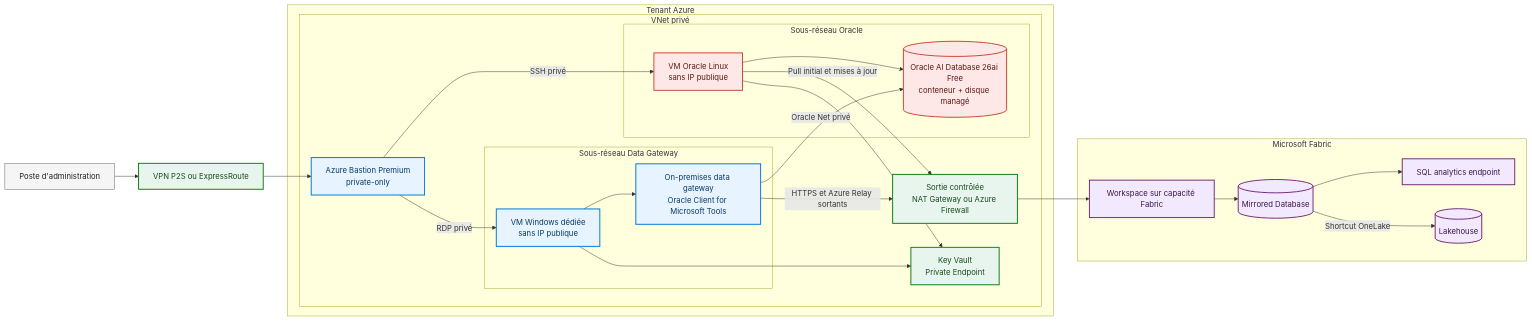
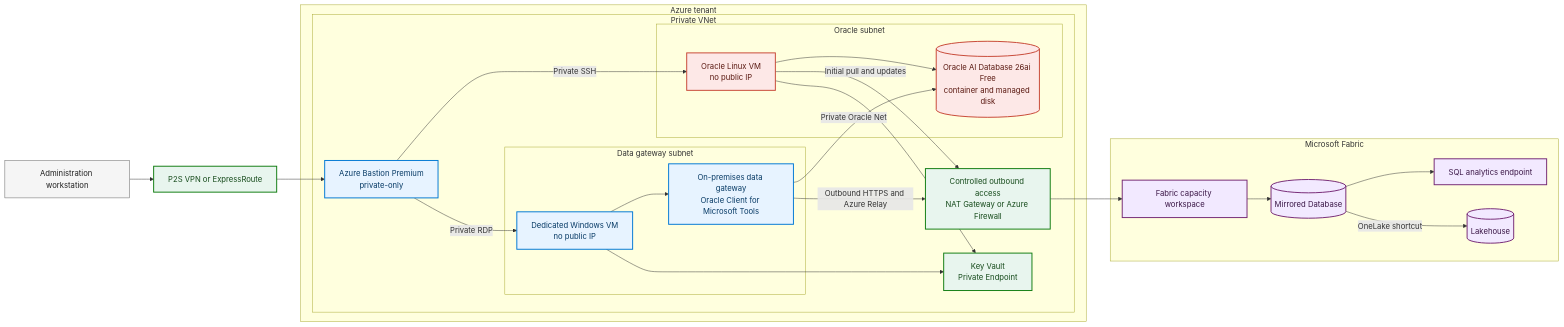
Before and after one commit to fredgis/oracletofabric: the first of 3 diagrams in README.md, drawn with Mermaid. The commit also changed other lines of this file and 29 other files, not shown here.

First line of the commit message:
docs: add rendered architecture diagrams

````diff
--- a/README.md
+++ b/README.md
@@ -26,58 +45,58 @@
 ```mermaid
 flowchart LR
-    Admin[Poste d'administration]
-    PrivateAccess[VPN P2S ou ExpressRoute]
+    Admin[Administration workstation]
+    PrivateAccess[P2S VPN or ExpressRoute]
 
-    subgraph Azure["Tenant Azure"]
-        subgraph VNet["VNet privé"]
+    subgraph Azure["Azure tenant"]
+        subgraph VNet["Private VNet"]
             Bastion[Azure Bastion Premium<br/>private-only]
 
-            subgraph OracleSubnet["Sous-réseau Oracle"]
-                OracleVM[VM Oracle Linux<br/>sans IP publique]
-                OracleDB[(Oracle AI Database 26ai Free<br/>conteneur + disque managé)]
+            subgraph OracleSubnet["Oracle subnet"]
+                OracleVM[Oracle Linux VM<br/>no public IP]
+                OracleDB[(Oracle AI Database 26ai Free<br/>container and managed disk)]
                 OracleVM --> OracleDB
             end
 
-            subgraph GatewaySubnet["Sous-réseau Data Gateway"]
-                GatewayVM[VM Windows dédiée<br/>sans IP publique]
+            subgraph GatewaySubnet["Data gateway subnet"]
+                GatewayVM[Dedicated Windows VM<br/>no public IP]
                 OPDG[On-premises data gateway<br/>Oracle Client for Microsoft Tools]
                 GatewayVM --> OPDG
             end
 
-            Egress[Sortie contrôlée<br/>NAT Gateway ou Azure Firewall]
+            Egress[Controlled outbound access<br/>NAT Gateway or Azure Firewall]
             KeyVault[Key Vault<br/>Private Endpoint]
         end
     end
 
     subgraph Fabric["Microsoft Fabric"]
-        Workspace[Workspace sur capacité Fabric]
+        Workspace[Fabric capacity workspace]
         Mirror[(Mirrored Database)]
         SQLEndpoint[SQL analytics endpoint]
         Lakehouse[(Lakehouse)]
         Workspace --> Mirror
         Mirror --> SQLEndpoint
-        Mirror -->|Shortcut OneLake| Lakehouse
+        Mirror -->|OneLake shortcut| Lakehouse
     end
 
     Admin --> PrivateAccess --> Bastion
-    Bastion -->|SSH privé| OracleVM
-    Bastion -->|RDP privé| GatewayVM
-    OPDG -->|Oracle Net privé| OracleDB
-    OracleVM -->|Pull initial et mises à jour| Egress
-    OPDG -->|HTTPS et Azure Relay sortants| Egress
+    Bastion -->|Private SSH| OracleVM
+    Bastion -->|Private RDP| GatewayVM
+    OPDG -->|Private Oracle Net| OracleDB
+    OracleVM -->|Initial pull and updates| Egress
+    OPDG -->|Outbound HTTPS and Azure Relay| Egress
     Egress --> Workspace
     OracleVM --> KeyVault
     GatewayVM --> KeyVault
 
     classDef oracle fill:#FDE8E7,stroke:#C74634,color:#5B1A12,stroke-width:2px;
     classDef azure fill:#E7F3FF,stroke:#0078D4,color:#083B66,stroke-width:2px;
     classDef security fill:#E8F5EE,stroke:#107C10,color:#164B1B,stroke-width:2px;
     classDef fabric fill:#F2E9FF,stroke:#742774,color:#3B1747,stroke-width:2px;
     classDef neutral fill:#F5F5F5,stroke:#616161,color:#212121,stroke-width:1px;
 
     class OracleVM,OracleDB oracle;
     class Bastion,GatewayVM,OPDG azure;
     class PrivateAccess,Egress,KeyVault security;
     class Workspace,Mirror,SQLEndpoint,Lakehouse fabric;
     class Admin neutral;
 ```
````
